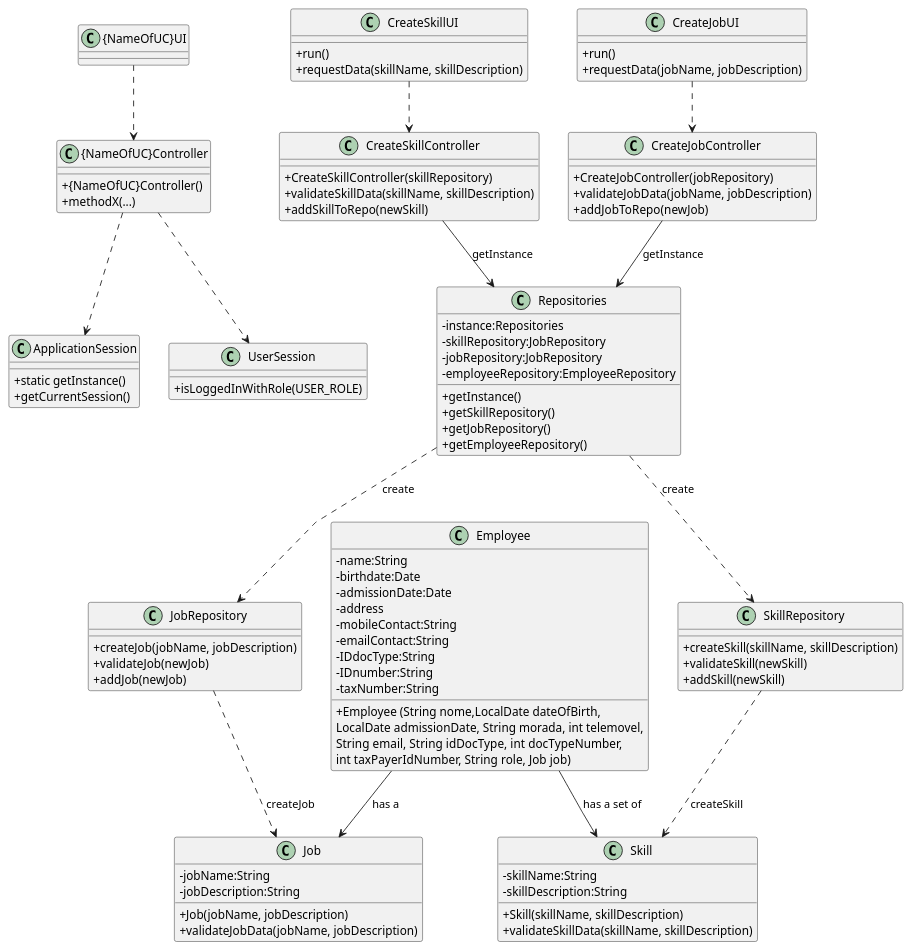
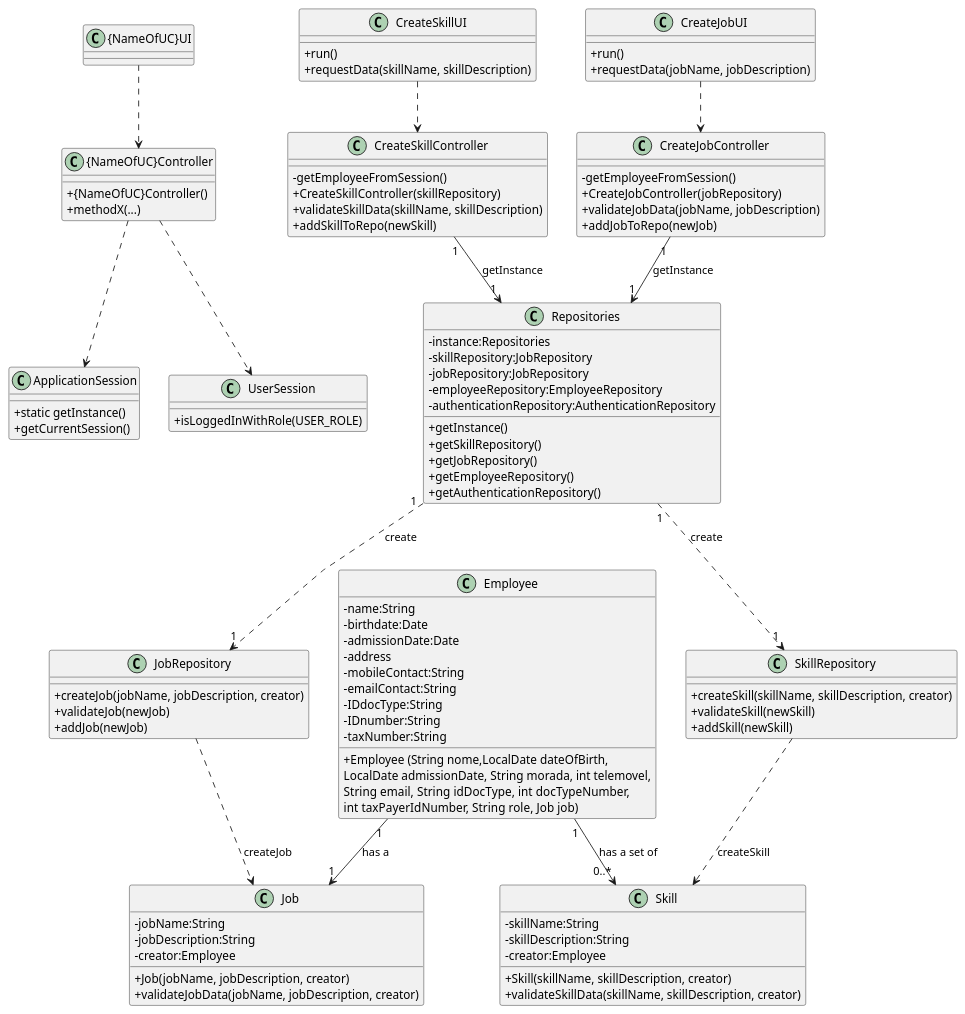
One commit to Paulo-Pereira-at-ISEP/lei-24-s2-1nanb-g321 changed the diagram in docs/sprintB/global-artifacts/03.design/puml/class-diagram.puml. Above: the diagram before and after it, drawn with PlantUML.

Commit message:
LGGPM-108 - Global - Design - Class Diagram update

```diff
--- a/docs/sprintB/global-artifacts/03.design/puml/class-diagram.puml
+++ b/docs/sprintB/global-artifacts/03.design/puml/class-diagram.puml
@@ -1,135 +1,142 @@
 @startuml
 skinparam classAttributeIconSize 0
 skinparam linetype polyline
 
 
 class ApplicationSession
 {
   +static getInstance()
   +getCurrentSession()
 }
 
 class UserSession
 {
   +isLoggedInWithRole(USER_ROLE)
 }
 
 class "{NameOfUC}Controller" {
     + {NameOfUC}Controller()
     + methodX(...)
 }
 
 class "{NameOfUC}UI" {
 }
 
 
 
 class CreateJobController {
+    -getEmployeeFromSession()
     + CreateJobController(jobRepository)
     + validateJobData(jobName, jobDescription)
     + addJobToRepo(newJob)
+
 
 }
 
 
 class CreateJobUI {
     +run()
     +requestData(jobName, jobDescription)
 }
 
 
 
 class Employee{
     -name:String
     -birthdate:Date
     -admissionDate:Date
     -address
     -mobileContact:String
     -emailContact:String
     -IDdocType:String
     -IDnumber:String
     -taxNumber:String
 
     +Employee (String nome,LocalDate dateOfBirth,\nLocalDate admissionDate, String morada, int telemovel,\nString email, String idDocType, int docTypeNumber,\nint taxPayerIdNumber, String role, Job job)
 }
 
 class Repositories{
     - instance:Repositories
     - skillRepository:JobRepository
     - jobRepository:JobRepository
     - employeeRepository:EmployeeRepository
+    - authenticationRepository:AuthenticationRepository
 
 
     + getInstance()
     + getSkillRepository()
     + getJobRepository()
     + getEmployeeRepository()
+    + getAuthenticationRepository()
 }
 
 class JobRepository{
-    + createJob(jobName, jobDescription)
+    + createJob(jobName, jobDescription, creator)
     + validateJob(newJob)
     + addJob(newJob)
 }
 
 class Job {
     -jobName:String
     -jobDescription:String
+    -creator:Employee
 
-    +Job(jobName, jobDescription)
-    +validateJobData(jobName, jobDescription)
+    +Job(jobName, jobDescription, creator)
+    +validateJobData(jobName, jobDescription, creator)
 }
 
 
 class CreateSkillController {
+    - getEmployeeFromSession()
     + CreateSkillController(skillRepository)
     + validateSkillData(skillName, skillDescription)
     + addSkillToRepo(newSkill)
 
 }
 
 
 class CreateSkillUI {
     +run()
     +requestData(skillName, skillDescription)
 }
 
 
 
 class SkillRepository{
-    + createSkill(skillName, skillDescription)
+    + createSkill(skillName, skillDescription, creator)
     + validateSkill(newSkill)
     + addSkill(newSkill)
 }
 
 class Skill {
     -skillName:String
     -skillDescription:String
+    -creator:Employee
 
-    +Skill(skillName, skillDescription)
-    +validateSkillData(skillName, skillDescription)
+    +Skill(skillName, skillDescription, creator)
+    +validateSkillData(skillName, skillDescription, creator)
 }
 
 
 
 CreateJobUI ..> CreateJobController
 
-CreateJobController -->  Repositories : getInstance
-Repositories ..> JobRepository : create
+CreateJobController "1" --> "1" Repositories : getInstance
+Repositories "1" ..> "1" JobRepository : create
 JobRepository ..> Job : createJob
-Employee --> Job : has a
+Employee "1" --> "1" Job : has a
 
 
 CreateSkillUI ..> CreateSkillController
 
-CreateSkillController -->  Repositories : getInstance
-Repositories ..> SkillRepository : create
+CreateSkillController "1" --> "1" Repositories : getInstance
+Repositories "1" ..> "1" SkillRepository : create
 SkillRepository ..> Skill : createSkill
-Employee --> Skill : has a set of
+Employee "1" --> "0..*" Skill : has a set of
 
 
 "{NameOfUC}UI" ..> "{NameOfUC}Controller"
 "{NameOfUC}Controller" ..> ApplicationSession
 "{NameOfUC}Controller" ..> UserSession
 
 @enduml
```
